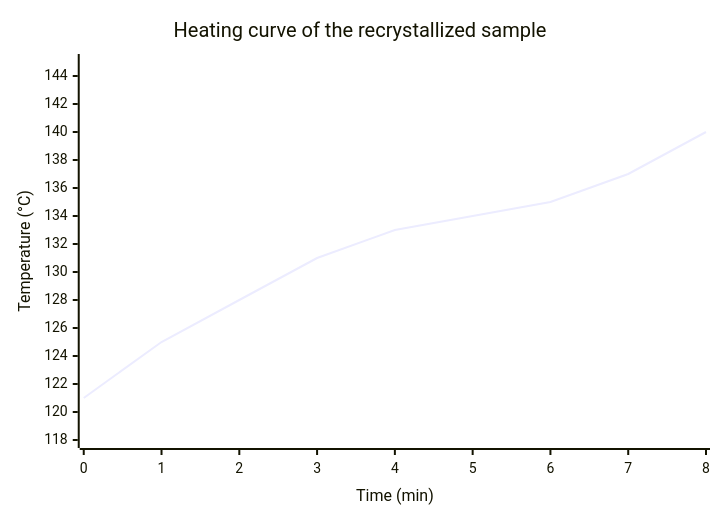
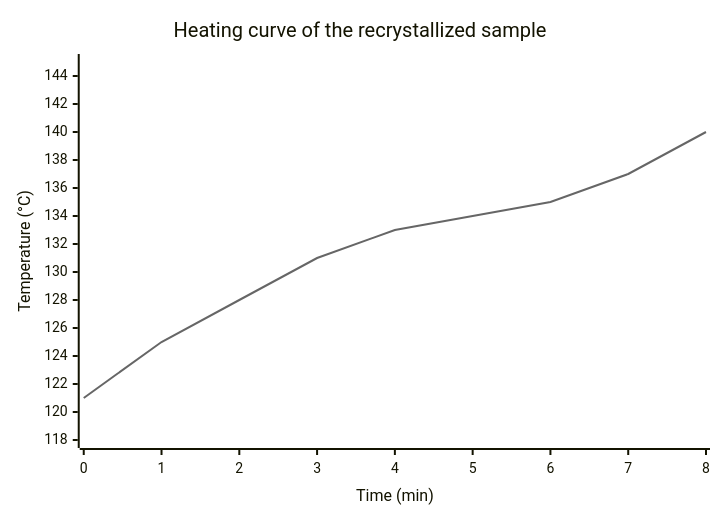
Before and after one commit to paw-hermansen/Markdown-Viewditor: the second of 2 diagrams in docs/Examples/Aspirin-Lab-Report.md, drawn with Mermaid.

Commit message:
Improved visibility of xy chart

````diff
--- a/docs/Examples/Aspirin-Lab-Report.md
+++ b/docs/Examples/Aspirin-Lab-Report.md
@@ -154,7 +154,13 @@
 ```mermaid
+---
+config:
+    themeVariables:
+        xyChart:
+            plotColorPalette: "#666666"
+---
 xychart-beta
     title "Heating curve of the recrystallized sample"
     x-axis "Time (min)" [0, 1, 2, 3, 4, 5, 6, 7, 8]
     y-axis "Temperature (°C)" 118 --> 145
     line [121, 125, 128, 131, 133, 134, 135, 137, 140]
 ```
````
